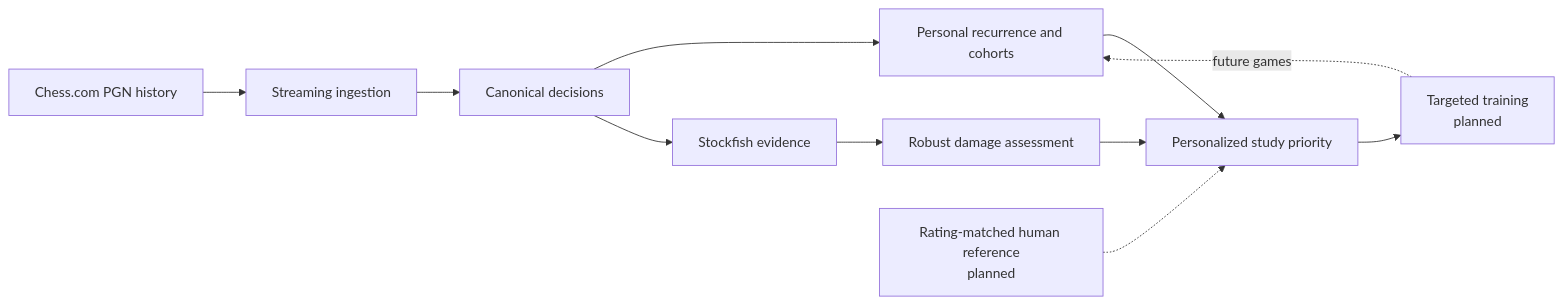
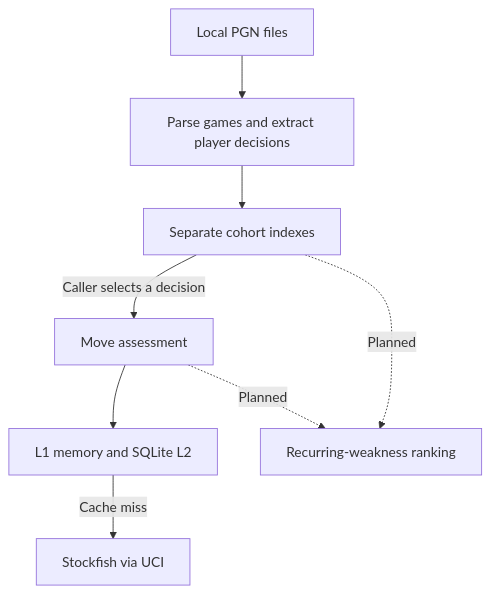
The diagram in README.md (dvir2705-arch/chess-decision-explorer), drawn with Mermaid before and after one commit. The commit also changed other lines of this file, not shown here.

````diff
--- a/README.md
+++ b/README.md
@@ -37,13 +13,10 @@
 ```mermaid
-flowchart LR
-    A[Chess.com PGN history] --> B[Streaming ingestion]
-    B --> C[Canonical decisions]
-    C --> D[Personal recurrence and cohorts]
-    C --> E[Stockfish evidence]
-    E --> F[Robust damage assessment]
-    D --> G[Personalized study priority]
-    F --> G
-    H[Rating-matched human reference\nplanned] -.-> G
-    G --> I[Targeted training\nplanned]
-    I -. future games .-> D
+flowchart TD
+    PGN[Local PGN files] --> Personal[Parse games and extract player decisions]
+    Personal --> Index[Separate cohort indexes]
+    Index -->|Caller selects a decision| Assessment[Move assessment]
+    Assessment --> Cache[L1 memory and SQLite L2]
+    Cache -->|Cache miss| Engine[Stockfish via UCI]
+    Index -. Planned .-> Ranking[Recurring-weakness ranking]
+    Assessment -. Planned .-> Ranking
 ```
````
